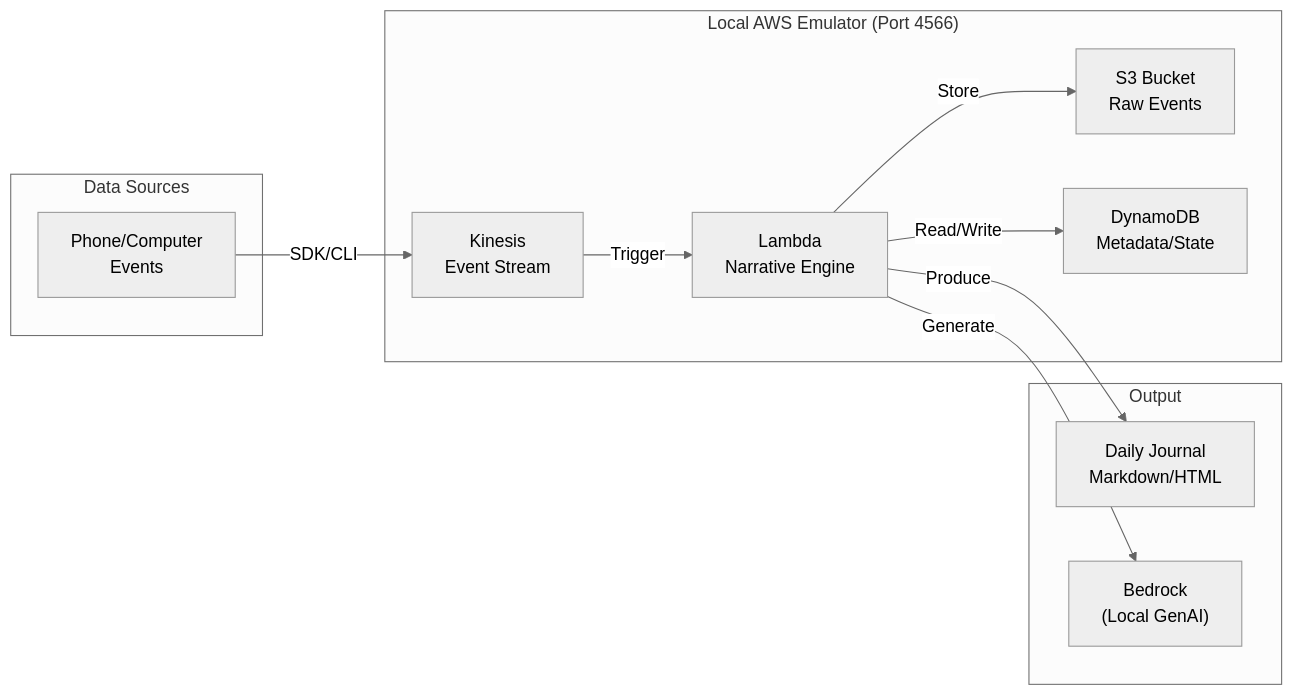
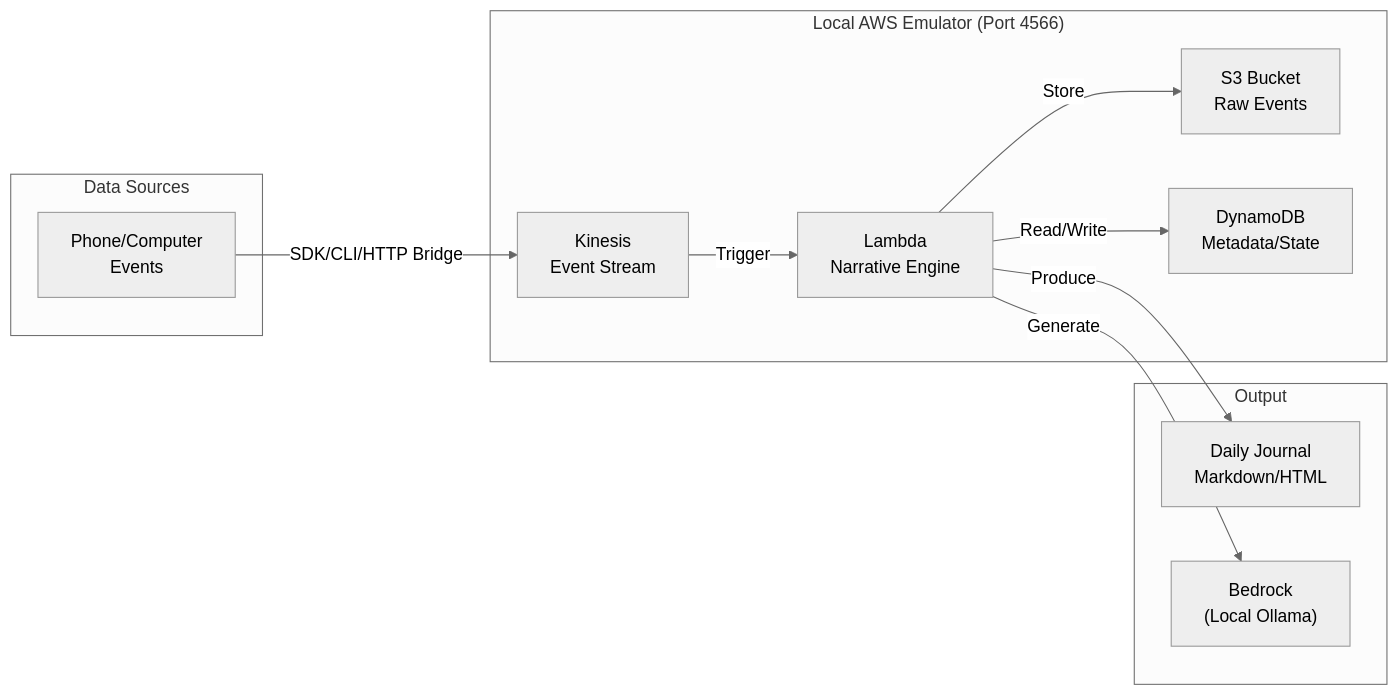
The diagram in README.md (FPTSTUDEN/NarraLink), drawn with Mermaid (neutral theme) before and after one commit. The commit also changed 3 other files, not shown here.

````diff
--- a/README.md
+++ b/README.md
@@ -19,26 +19,26 @@
 ```mermaid
 flowchart LR
     subgraph Client["Data Sources"]
         PC["Phone/Computer<br/>Events"]
     end
 
     subgraph LocalAWS["Local AWS Emulator (Port 4566)"]
         KIN["Kinesis<br/>Event Stream"]
         S3["S3 Bucket<br/>Raw Events"]
         DDB["DynamoDB<br/>Metadata/State"]
         LAM["Lambda<br/>Narrative Engine"]
     end
 
     subgraph Output["Output"]
         JOURNAL["Daily Journal<br/>Markdown/HTML"]
-        STORY["Bedrock<br/>(Local GenAI)"]
+        STORY["Bedrock<br/>(Local Ollama)"]
     end
 
-    PC -->|"SDK/CLI"| KIN
+    PC -->|"SDK/CLI/HTTP Bridge"| KIN
     KIN -->|"Trigger"| LAM
     LAM -->|"Store"| S3
     LAM -->|"Read/Write"| DDB
     LAM -->|"Generate"| STORY
     LAM -->|"Produce"| JOURNAL
 
 ```
````
